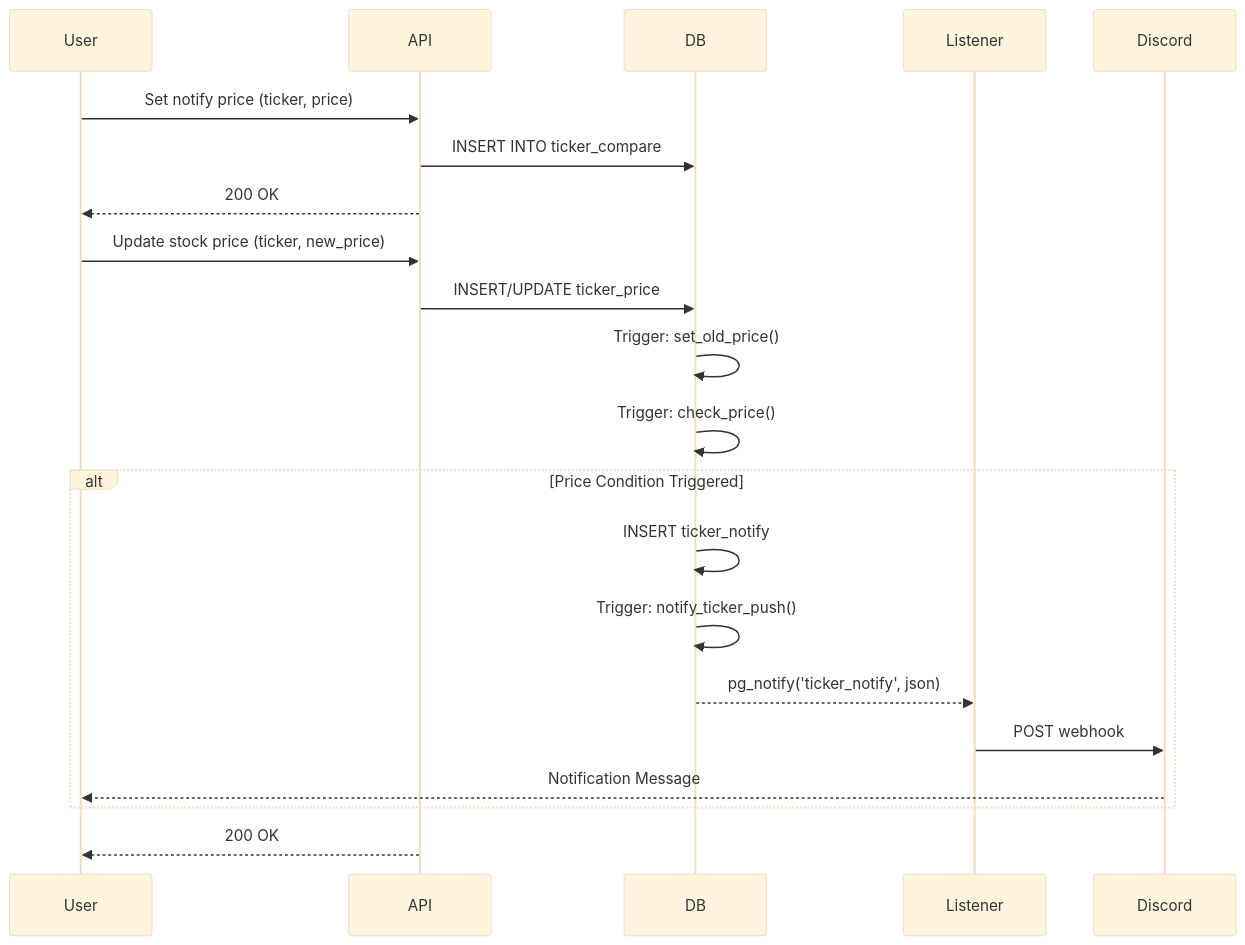
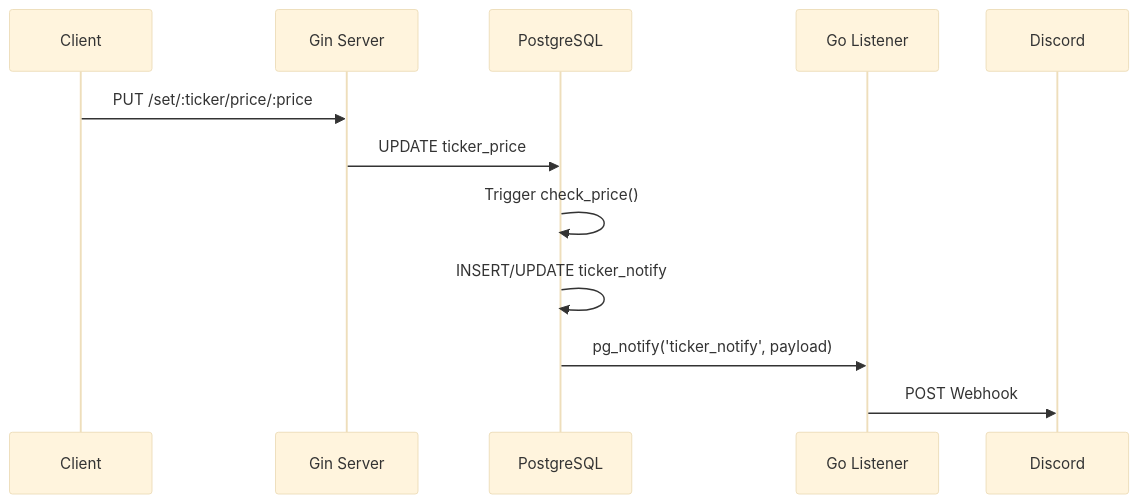
One commit to pardnio/go-stock-notification changed the diagram in README.md. Above: the diagram before and after it, drawn with Mermaid (base theme). The commit also changed other lines of this file and 1 other file, not shown here.

````diff
--- a/README.md
+++ b/README.md
@@ -48,27 +16,15 @@
 ```mermaid
 sequenceDiagram
-    participant User
-    participant API
-    participant DB
-    participant Listener
+    participant Client
+    participant Gin as Gin Server
+    participant PG as PostgreSQL
+    participant App as Go Listener
     participant Discord
 
-    User->>API: Set notify price (ticker, price)
-    API->>DB: INSERT INTO ticker_compare
-    API-->>User: 200 OK
-    
-    User->>API: Update stock price (ticker, new_price)
-    API->>DB: INSERT/UPDATE ticker_price
-    DB->>DB: Trigger: set_old_price()
-    DB->>DB: Trigger: check_price()
-    
-    alt Price Condition Triggered
-        DB->>DB: INSERT ticker_notify
-        DB->>DB: Trigger: notify_ticker_push()
-        DB-->>Listener: pg_notify('ticker_notify', json)
-        Listener->>Discord: POST webhook
-        Discord-->>User: Notification Message
-    end
-    
-    API-->>User: 200 OK
+    Client->>Gin: PUT /set/:ticker/price/:price
+    Gin->>PG: UPDATE ticker_price
+    PG->>PG: Trigger check_price()
+    PG->>PG: INSERT/UPDATE ticker_notify
+    PG->>App: pg_notify('ticker_notify', payload)
+    App->>Discord: POST Webhook
 ```
````
